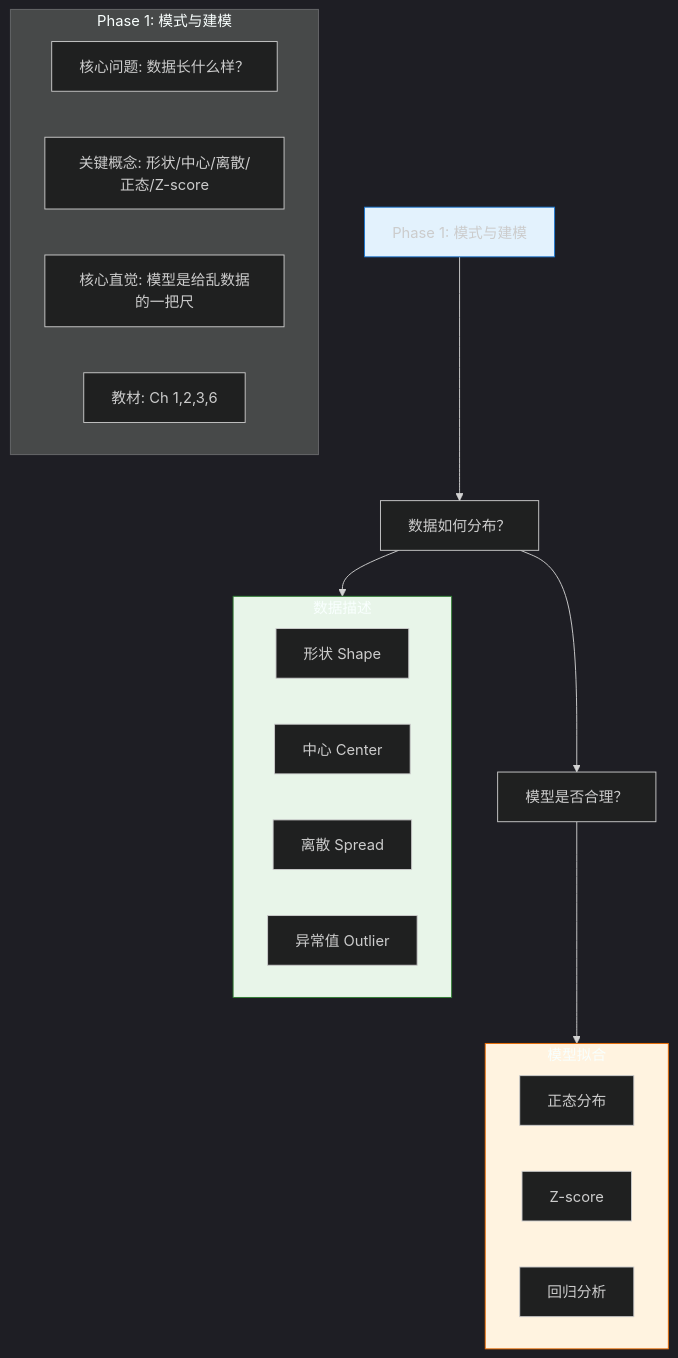
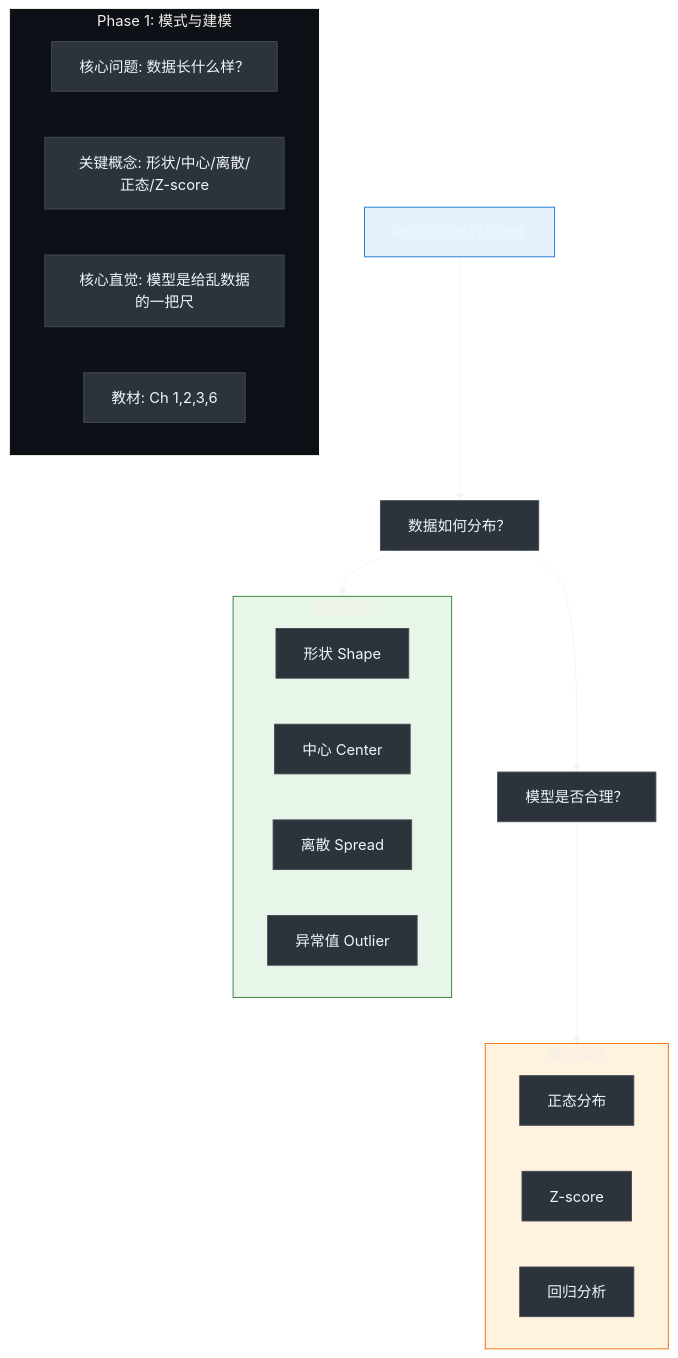
Before and after one commit to EvanZhu0721/AwesomeApStatistic: the first of 2 diagrams in phase1.md, drawn with Mermaid. The commit also changed 2 other files, not shown here.

Commit message:
increase contrast

````diff
--- a/phase1.md
+++ b/phase1.md
@@ -1,36 +1,43 @@
 ```mermaid
-%%{init: {'theme': 'dark'}}%%
+%%{init: {'theme': 'base', 'themeVariables': { 
+  'primaryColor': '#2d333b',
+  'primaryTextColor': '#f0f6fc',
+  'primaryBorderColor': '#444c56',
+  'lineColor': '#f0f6fc',
+  'secondaryColor': '#1c2128',
+  'tertiaryColor': '#0d1117'
+}}}%%
 graph TD
     Start[Phase 1: 模式与建模]
     Q1[数据如何分布？]
     Q2[模型是否合理？]
     
     Start --> Q1 --> Q2
     
     subgraph 描述[数据描述]
         D1[形状 Shape]
         D2[中心 Center]
         D3[离散 Spread]
         D4[异常值 Outlier]
     end
     
     subgraph 模型[模型拟合]
         M1[正态分布]
         M2[Z-score]
         M3[回归分析]
     end
 
         subgraph P1[Phase 1: 模式与建模]
         P1Q[核心问题: 数据长什么样？]
         P1C[关键概念: 形状/中心/离散/正态/Z-score]
         P1I[核心直觉: 模型是给乱数据的一把尺]
         P1Ch[教材: Ch 1,2,3,6]
     end
     
     Q1 --> 描述
     Q2 --> 模型
     
     style Start fill:#e3f2fd,stroke:#1976d2
     style 描述 fill:#e8f5e9,stroke:#2e7d32
     style 模型 fill:#fff3e0,stroke:#ef6c00
 ```
````
